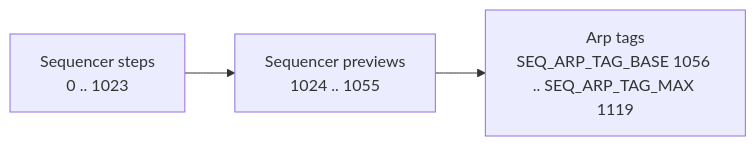
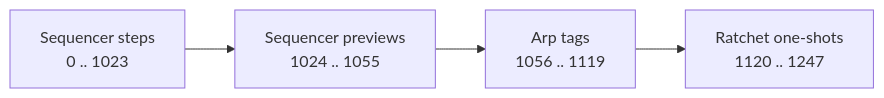
The third of 3 diagrams in components/synth_core/ARP-ARCHITECTURE.md (cxandy/S3-Amysynth), drawn with Mermaid before and after one commit. The commit also changed other lines of this file and 7 other files, not shown here.

````diff
--- a/components/synth_core/ARP-ARCHITECTURE.md
+++ b/components/synth_core/ARP-ARCHITECTURE.md
@@ -173,4 +177,4 @@
 ```mermaid
 flowchart LR
-    A["Sequencer steps\n0 .. 1023"] --> B["Sequencer previews\n1024 .. 1055"] --> C["Arp tags\nSEQ_ARP_TAG_BASE 1056 .. SEQ_ARP_TAG_MAX 1119"]
+    A["Sequencer steps\n0 .. 1023"] --> B["Sequencer previews\n1024 .. 1055"] --> C["Arp tags\n1056 .. 1119"] --> D["Ratchet one-shots\n1120 .. 1247"]
 ```
````
